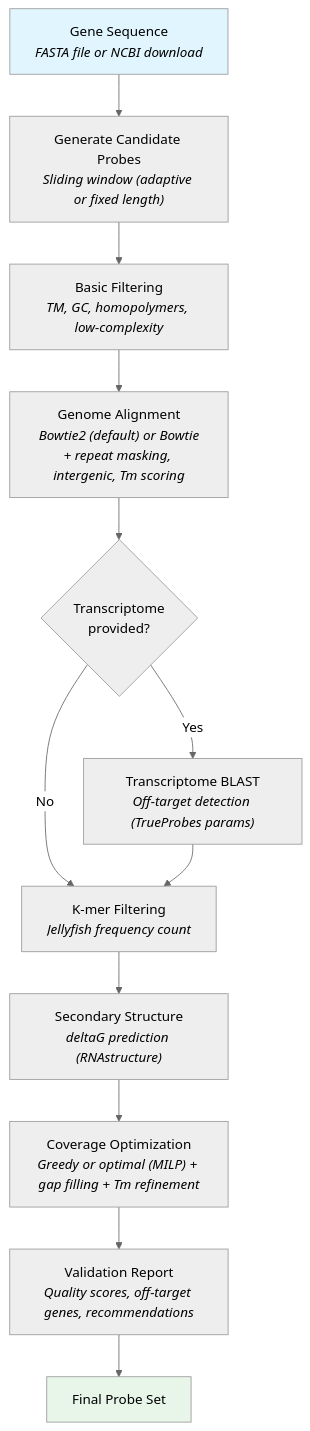
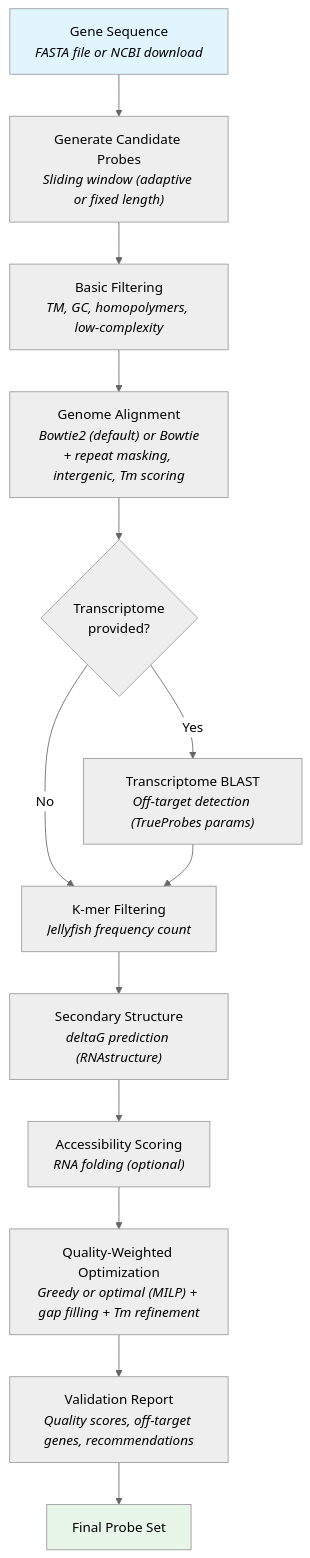
Before and after one commit to BBQuercus/eFISHent: the diagram in README.md, drawn with Mermaid (neutral theme). The commit also changed other lines of this file and 20 other files, not shown here.

````diff
--- a/README.md
+++ b/README.md
@@ -231,24 +236,26 @@
 ```mermaid
 flowchart TD
     A["Gene Sequence<br/><i>FASTA file or NCBI download</i>"] --> B["Generate Candidate Probes<br/><i>Sliding window (adaptive or fixed length)</i>"]
 
     B --> C["Basic Filtering<br/><i>TM, GC, homopolymers, low-complexity</i>"]
 
     C --> D["Genome Alignment<br/><i>Bowtie2 (default) or Bowtie</i><br/><i>+ repeat masking, intergenic, Tm scoring</i>"]
 
     D --> E{"Transcriptome<br/>provided?"}
     E -- Yes --> F["Transcriptome BLAST<br/><i>Off-target detection (TrueProbes params)</i>"]
     E -- No --> G["K-mer Filtering<br/><i>Jellyfish frequency count</i>"]
     F --> G
 
     G --> H["Secondary Structure<br/><i>deltaG prediction (RNAstructure)</i>"]
 
-    H --> I["Coverage Optimization<br/><i>Greedy or optimal (MILP) + gap filling + Tm refinement</i>"]
+    H --> H2["Accessibility Scoring<br/><i>RNA folding (optional)</i>"]
+
+    H2 --> I["Quality-Weighted Optimization<br/><i>Greedy or optimal (MILP) + gap filling + Tm refinement</i>"]
 
     I --> K["Validation Report<br/><i>Quality scores, off-target genes, recommendations</i>"]
 
     K --> J["Final Probe Set"]
 
     style A fill:#e1f5fe
     style J fill:#e8f5e9
 ```
````
